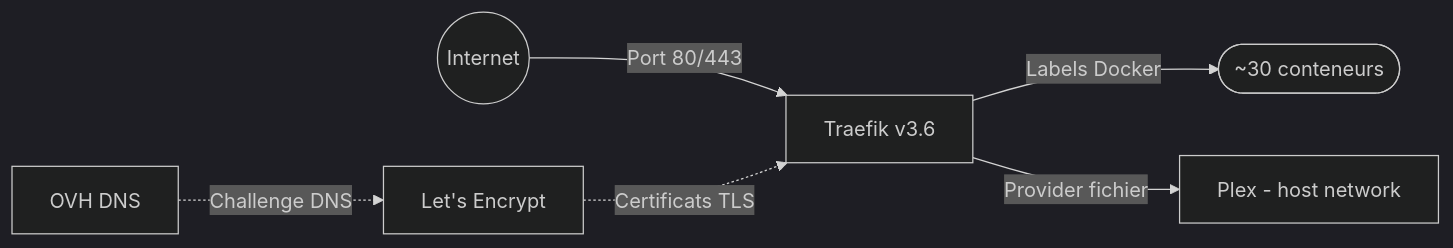
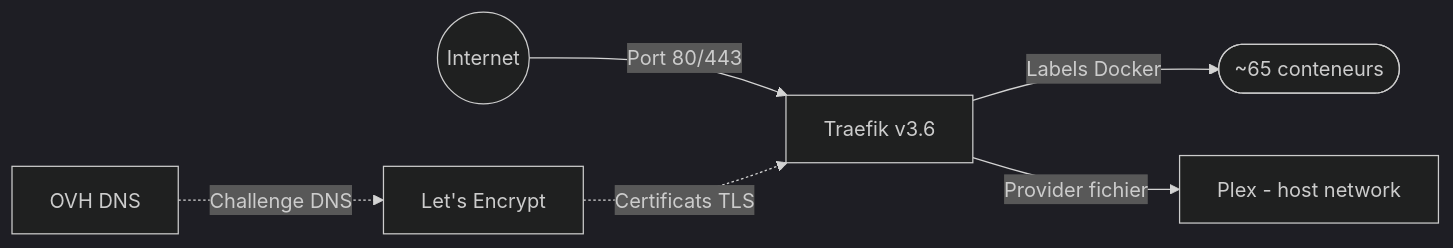
Before and after one commit to Wifsimster/docker-setup: the diagram in docs/traefik.md, drawn with Mermaid (dark theme). The commit also changed 8 other files, not shown here.

````diff
--- a/docs/traefik.md
+++ b/docs/traefik.md
@@ -15,8 +15,8 @@
 ```mermaid
 graph LR
     Internet((Internet)) -->|Port 80/443| Traefik[Traefik v3.6]
-    Traefik -->|Labels Docker| Conteneurs([~30 conteneurs])
+    Traefik -->|Labels Docker| Conteneurs([~65 conteneurs])
     Traefik -->|Provider fichier| Plex[Plex - host network]
     LetsEncrypt[Let's Encrypt] -.->|Certificats TLS| Traefik
     OVH[OVH DNS] -.->|Challenge DNS| LetsEncrypt
 ```
````
